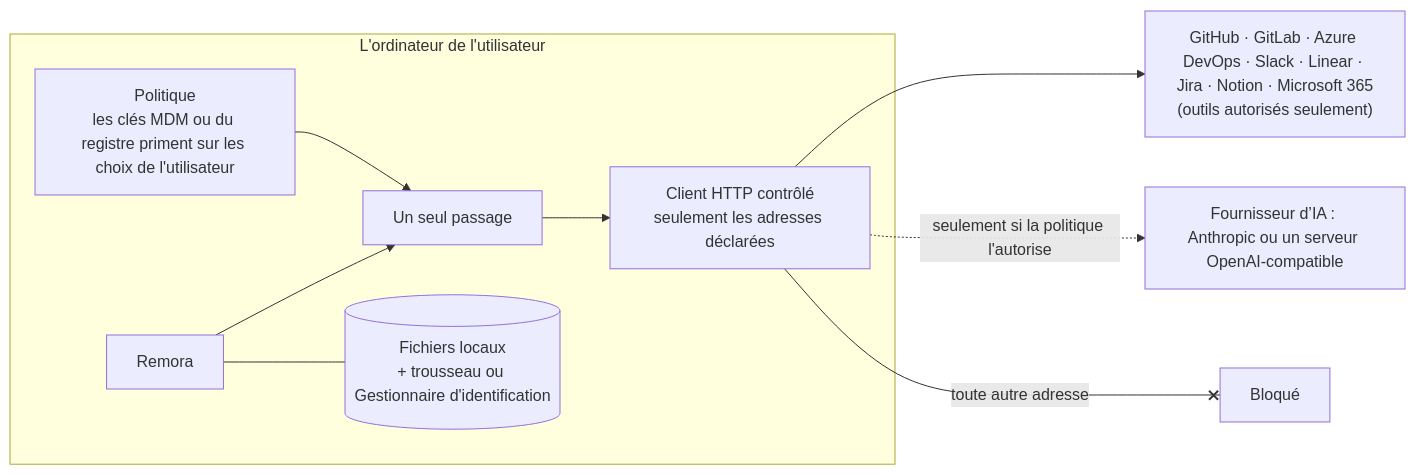
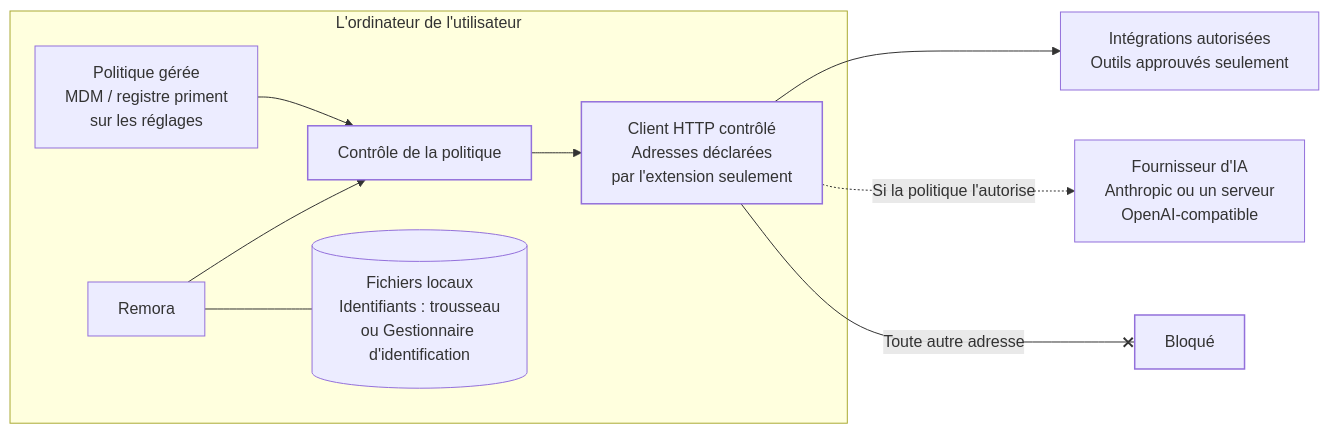
The diagram in docs/fr/admin/index.md (iGitScor/triage), drawn with Mermaid before and after one commit. The commit also changed other lines of this file and 4 other files, not shown here.

First line of the commit message:
docs(admin): a clearer enforcement diagram, in French too, and in the dark theme

````diff
--- a/docs/fr/admin/index.md
+++ b/docs/fr/admin/index.md
@@ -28,13 +28,25 @@
 ```mermaid
 flowchart LR
   subgraph Computer["L'ordinateur de l'utilisateur"]
-    UI["Remora"] --> Gate["Un seul passage"]
-    Policy["Politique<br/>les clés MDM ou du registre priment sur les choix de l'utilisateur"] --> Gate
-    Gate --> Client["Client HTTP contrôlé<br/>seulement les adresses déclarées"]
-    Store[("Fichiers locaux<br/>+ trousseau ou Gestionnaire d'identification")]
+    UI["Remora"] --> Gate["Contrôle de la politique"]
+    Policy["Politique gérée<br/>MDM / registre priment<br/>sur les réglages"] --> Gate
+    Gate --> Client["Client HTTP contrôlé<br/>Adresses déclarées<br/>par l'extension seulement"]
+    Store[("Fichiers locaux<br/>Identifiants : trousseau<br/>ou Gestionnaire d'identification")]
     UI --- Store
   end
-  Client --> Tools["GitHub · GitLab · Azure DevOps · Slack · Linear · Jira · Notion · Microsoft 365<br/>(outils autorisés seulement)"]
-  Client -. "seulement si la politique l'autorise" .-> Claude["Fournisseur d’IA : Anthropic ou un serveur OpenAI-compatible"]
-  Client -- "toute autre adresse" --x Blocked["Bloqué"]
+
+  Client --> Tools["Intégrations autorisées<br/>Outils approuvés seulement"]
+  Client -.->|"Si la politique l'autorise"| AI["Fournisseur d'IA<br/>Anthropic ou un serveur<br/>OpenAI-compatible"]
+  Client --x|"Toute autre adresse"| Blocked["Bloqué"]
+
+  %% Colours in the docs theme (custom.css), light and dark.
+  classDef neutral stroke-width:1px;
+  classDef security stroke-width:1.5px;
+  classDef blocked stroke-width:1.5px;
+  classDef zone stroke-width:1px;
+
+  class UI,Policy,Store,Tools,AI neutral;
+  class Gate,Client security;
+  class Blocked blocked;
+  class Computer zone;
 ```
````
